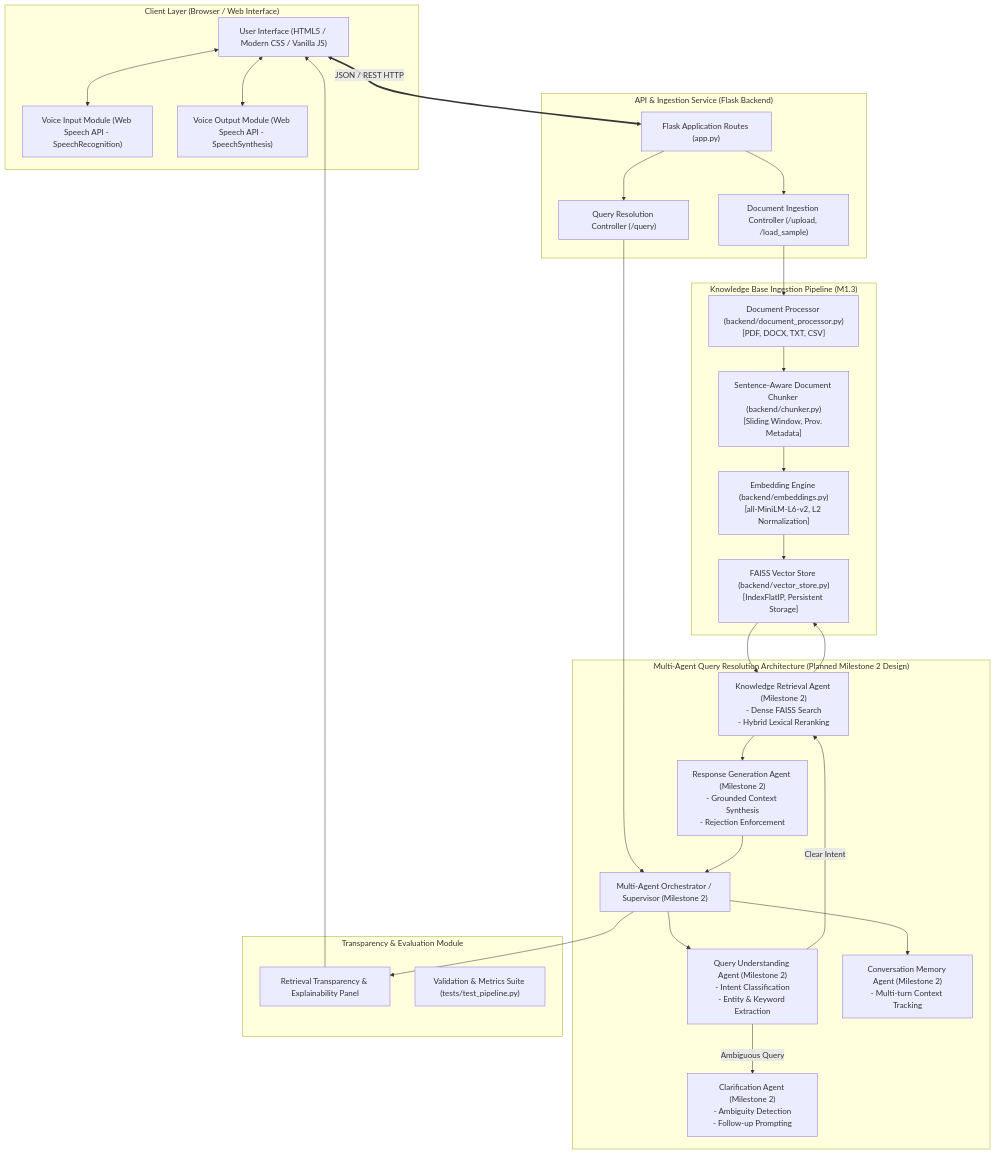
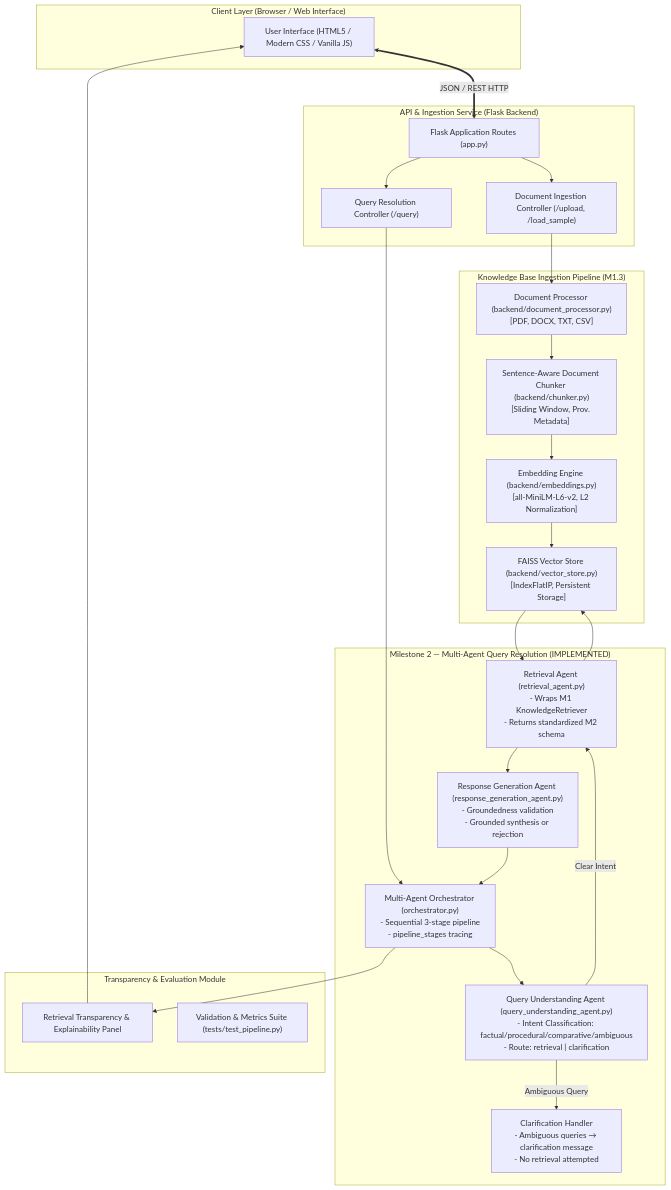
One commit to geetha577/AI-Knowledge-Retrieval-Platform changed the diagram in SYSTEM_ARCHITECTURE.md. Above: the diagram before and after it, drawn with Mermaid. The commit also changed other lines of this file and 11 other files, not shown here.

Commit message:
Implement Milestone 2 multi-agent query resolution

````diff
--- a/SYSTEM_ARCHITECTURE.md
+++ b/SYSTEM_ARCHITECTURE.md
@@ -19,59 +19,53 @@
 ```mermaid
 flowchart TD
     subgraph Client_Layer ["Client Layer (Browser / Web Interface)"]
         UI["User Interface (HTML5 / Modern CSS / Vanilla JS)"]
-        STT["Voice Input Module (Web Speech API - SpeechRecognition)"]
-        TTS["Voice Output Module (Web Speech API - SpeechSynthesis)"]
-        UI <--> STT
-        UI <--> TTS
     end
 
     subgraph API_Layer ["API & Ingestion Service (Flask Backend)"]
         Routes["Flask Application Routes (app.py)"]
         UploadCtrl["Document Ingestion Controller (/upload, /load_sample)"]
         QueryCtrl["Query Resolution Controller (/query)"]
         Routes --> UploadCtrl
         Routes --> QueryCtrl
     end
 
     subgraph Ingestion_Pipeline ["Knowledge Base Ingestion Pipeline (M1.3)"]
         DocProc["Document Processor (backend/document_processor.py)\n[PDF, DOCX, TXT, CSV]"]
         Chunker["Sentence-Aware Document Chunker (backend/chunker.py)\n[Sliding Window, Prov. Metadata]"]
         EmbedEngine["Embedding Engine (backend/embeddings.py)\n[all-MiniLM-L6-v2, L2 Normalization]"]
         VectorDB["FAISS Vector Store (backend/vector_store.py)\n[IndexFlatIP, Persistent Storage]"]
 
         UploadCtrl --> DocProc
         DocProc --> Chunker
         Chunker --> EmbedEngine
         EmbedEngine --> VectorDB
     end
 
-    subgraph Multi_Agent_Layer ["Multi-Agent Query Resolution Architecture (Planned Milestone 2 Design)"]
-        Orchestrator["Multi-Agent Orchestrator / Supervisor (Milestone 2)"]
-        Agent_QU["Query Understanding Agent (Milestone 2)\n- Intent Classification\n- Entity & Keyword Extraction"]
-        Agent_Clarify["Clarification Agent (Milestone 2)\n- Ambiguity Detection\n- Follow-up Prompting"]
-        Agent_Retriever["Knowledge Retrieval Agent (Milestone 2)\n- Dense FAISS Search\n- Hybrid Lexical Reranking"]
-        Agent_Generator["Response Generation Agent (Milestone 2)\n- Grounded Context Synthesis\n- Rejection Enforcement"]
-        Agent_Memory["Conversation Memory Agent (Milestone 2)\n- Multi-turn Context Tracking"]
+    subgraph Multi_Agent_Layer ["Milestone 2 — Multi-Agent Query Resolution (IMPLEMENTED)"]
+        Orchestrator["Multi-Agent Orchestrator (orchestrator.py)\n- Sequential 3-stage pipeline\n- pipeline_stages tracing"]
+        Agent_QU["Query Understanding Agent (query_understanding_agent.py)\n- Intent Classification: factual/procedural/comparative/ambiguous\n- Route: retrieval | clarification"]
+        Agent_Clarify["Clarification Handler\n- Ambiguous queries → clarification message\n- No retrieval attempted"]
+        Agent_Retriever["Retrieval Agent (retrieval_agent.py)\n- Wraps M1 KnowledgeRetriever\n- Returns standardized M2 schema"]
+        Agent_Generator["Response Generation Agent (response_generation_agent.py)\n- Groundedness validation\n- Grounded synthesis or rejection"]
 
         QueryCtrl --> Orchestrator
-        Orchestrator --> Agent_Memory
         Orchestrator --> Agent_QU
         Agent_QU -->|Ambiguous Query| Agent_Clarify
         Agent_QU -->|Clear Intent| Agent_Retriever
         Agent_Retriever --> VectorDB
         VectorDB --> Agent_Retriever
         Agent_Retriever --> Agent_Generator
         Agent_Generator --> Orchestrator
     end
 
 
     subgraph Evaluation_Layer ["Transparency & Evaluation Module"]
         Transparency["Retrieval Transparency & Explainability Panel"]
         AccuracyModule["Validation & Metrics Suite (tests/test_pipeline.py)"]
     end
 
     UI <==>|JSON / REST HTTP| Routes
     Orchestrator --> Transparency
     Transparency --> UI
 ```
````
